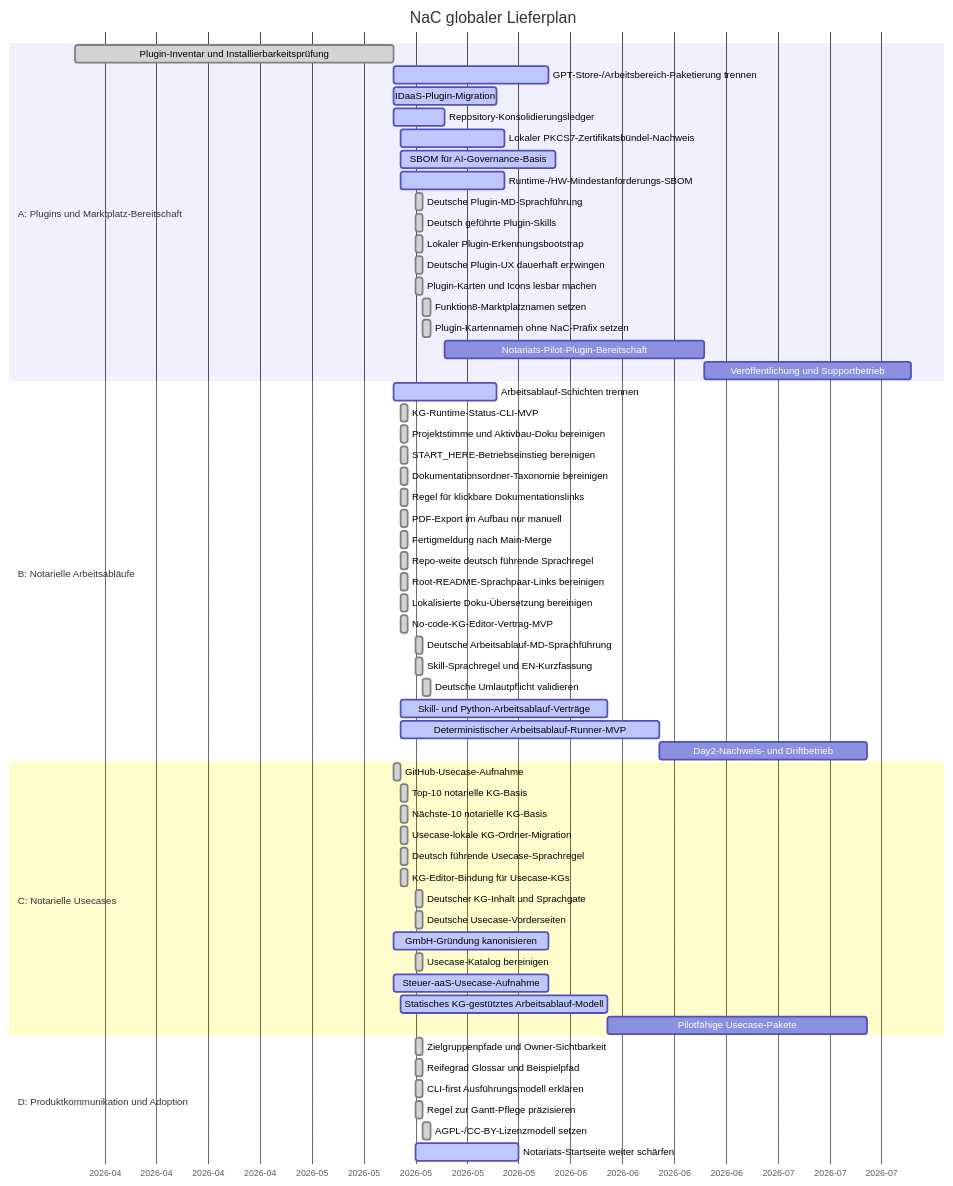
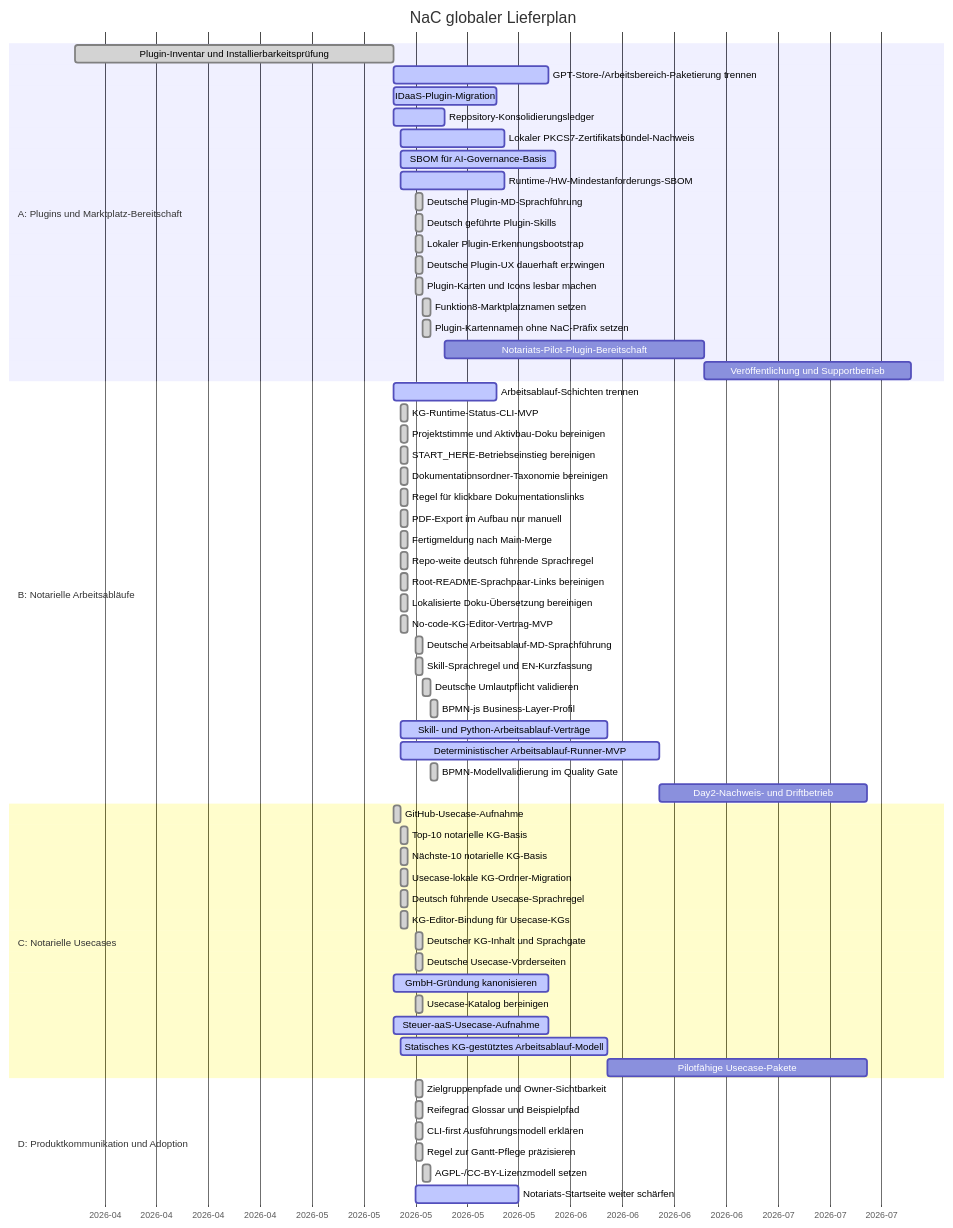
The diagram in roadmap/GANTT.md (notariat8/NaC), drawn with Mermaid before and after one commit. The commit also changed other lines of this file and 32 other files, not shown here.

Commit message:
Add BPMN-js business layer profile

````diff
--- a/roadmap/GANTT.md
+++ b/roadmap/GANTT.md
@@ -14,67 +14,69 @@
 ```mermaid
 gantt
     title NaC globaler Lieferplan
     dateFormat  YYYY-MM-DD
     axisFormat  %Y-%m
 
     section A: Plugins und Marktplatz-Bereitschaft
     Plugin-Inventar und Installierbarkeitsprüfung :done, a1, 2026-04-01, 2026-05-14
     GPT-Store-/Arbeitsbereich-Paketierung trennen :active, a2, 2026-05-14, 21d
     IDaaS-Plugin-Migration                       :active,  a3, 2026-05-14, 14d
     Repository-Konsolidierungsledger             :active,  a4, 2026-05-14, 7d
     Lokaler PKCS7-Zertifikatsbündel-Nachweis    :active,  a4a, 2026-05-15, 14d
     SBOM für AI-Governance-Basis                :active,  a4b, 2026-05-15, 21d
     Runtime-/HW-Mindestanforderungs-SBOM         :active,  a4c, 2026-05-15, 14d
     Deutsche Plugin-MD-Sprachführung            :done,    a4d, 2026-05-17, 1d
     Deutsch geführte Plugin-Skills              :done,    a4e, 2026-05-17, 1d
     Lokaler Plugin-Erkennungsbootstrap           :done,    a4f, 2026-05-17, 1d
     Deutsche Plugin-UX dauerhaft erzwingen       :done,    a4g, 2026-05-17, 1d
     Plugin-Karten und Icons lesbar machen        :done,    a4h, 2026-05-17, 1d
     Funktion8-Marktplatznamen setzen             :done,    a4i, 2026-05-18, 1d
     Plugin-Kartennamen ohne NaC-Präfix setzen    :done,    a4j, 2026-05-18, 1d
     Notariats-Pilot-Plugin-Bereitschaft          :         a5, after a4, 35d
     Veröffentlichung und Supportbetrieb         :         a6, after a5, 28d
 
     section B: Notarielle Arbeitsabläufe
     Arbeitsablauf-Schichten trennen              :active,  b1, 2026-05-14, 14d
     KG-Runtime-Status-CLI-MVP                    :done,    b1a, 2026-05-15, 1d
     Projektstimme und Aktivbau-Doku bereinigen   :done,    b1b, 2026-05-15, 1d
     START_HERE-Betriebseinstieg bereinigen       :done,    b1c, 2026-05-15, 1d
     Dokumentationsordner-Taxonomie bereinigen    :done,    b1d, 2026-05-15, 1d
     Regel für klickbare Dokumentationslinks     :done,    b1e, 2026-05-15, 1d
     PDF-Export im Aufbau nur manuell             :done,    b1f, 2026-05-15, 1d
     Fertigmeldung nach Main-Merge                :done,    b1g, 2026-05-15, 1d
     Repo-weite deutsch führende Sprachregel     :done,    b1h, 2026-05-15, 1d
     Root-README-Sprachpaar-Links bereinigen      :done,    b1i, 2026-05-15, 1d
     Lokalisierte Doku-Übersetzung bereinigen    :done,    b1j, 2026-05-15, 1d
     No-code-KG-Editor-Vertrag-MVP                :done,    b1k, 2026-05-15, 1d
     Deutsche Arbeitsablauf-MD-Sprachführung     :done,    b1l, 2026-05-17, 1d
     Skill-Sprachregel und EN-Kurzfassung         :done,    b1m, 2026-05-17, 1d
     Deutsche Umlautpflicht validieren            :done,    b1n, 2026-05-18, 1d
+    BPMN-js Business-Layer-Profil                :done,    b1o, 2026-05-19, 1d
     Skill- und Python-Arbeitsablauf-Verträge    :active,  b2, 2026-05-15, 28d
     Deterministischer Arbeitsablauf-Runner-MVP   :active,  b3, 2026-05-15, 35d
+    BPMN-Modellvalidierung im Quality Gate       :done,    b3a, 2026-05-19, 1d
     Day2-Nachweis- und Driftbetrieb              :         b4, after b3, 28d
 
     section C: Notarielle Usecases
     GitHub-Usecase-Aufnahme                      :done,    c1, 2026-05-14, 1d
     Top-10 notarielle KG-Basis                   :done,    c2, 2026-05-15, 1d
     Nächste-10 notarielle KG-Basis              :done,    c3, 2026-05-15, 1d
     Usecase-lokale KG-Ordner-Migration           :done,    c3a, 2026-05-15, 1d
     Deutsch führende Usecase-Sprachregel        :done,    c3b, 2026-05-15, 1d
     KG-Editor-Bindung für Usecase-KGs           :done,    c3c, 2026-05-15, 1d
     Deutscher KG-Inhalt und Sprachgate           :done,    c3d, 2026-05-17, 1d
     Deutsche Usecase-Vorderseiten                :done,    c3e, 2026-05-17, 1d
     GmbH-Gründung kanonisieren                  :active,  c4, 2026-05-14, 21d
     Usecase-Katalog bereinigen                 :done,    c5, 2026-05-17, 1d
     Steuer-aaS-Usecase-Aufnahme                  :active,  c6, 2026-05-14, 21d
     Statisches KG-gestütztes Arbeitsablauf-Modell :active, c7, 2026-05-15, 28d
     Pilotfähige Usecase-Pakete                  :         c8, after c7, 35d
 
     section D: Produktkommunikation und Adoption
     Zielgruppenpfade und Owner-Sichtbarkeit      :done,    d1, 2026-05-17, 1d
     Reifegrad Glossar und Beispielpfad           :done,    d1a, 2026-05-17, 1d
     CLI-first Ausführungsmodell erklären       :done,    d1b, 2026-05-17, 1d
     Regel zur Gantt-Pflege präzisieren         :done,    d1c, 2026-05-17, 1d
     AGPL-/CC-BY-Lizenzmodell setzen              :done,    d1d, 2026-05-18, 1d
     Notariats-Startseite weiter schärfen        :active,  d2, 2026-05-17, 14d
 ```
````
